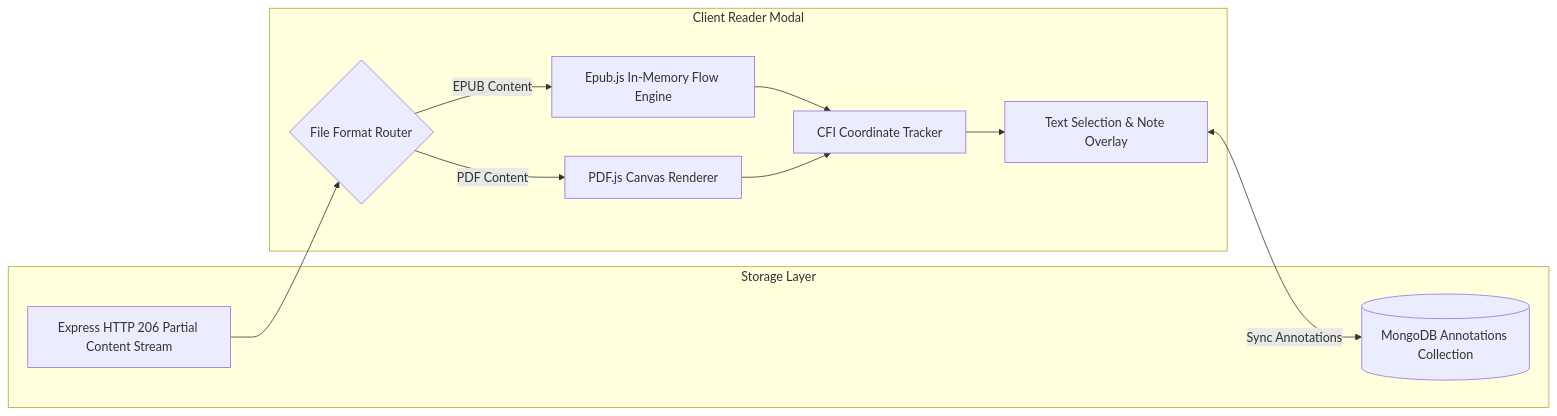
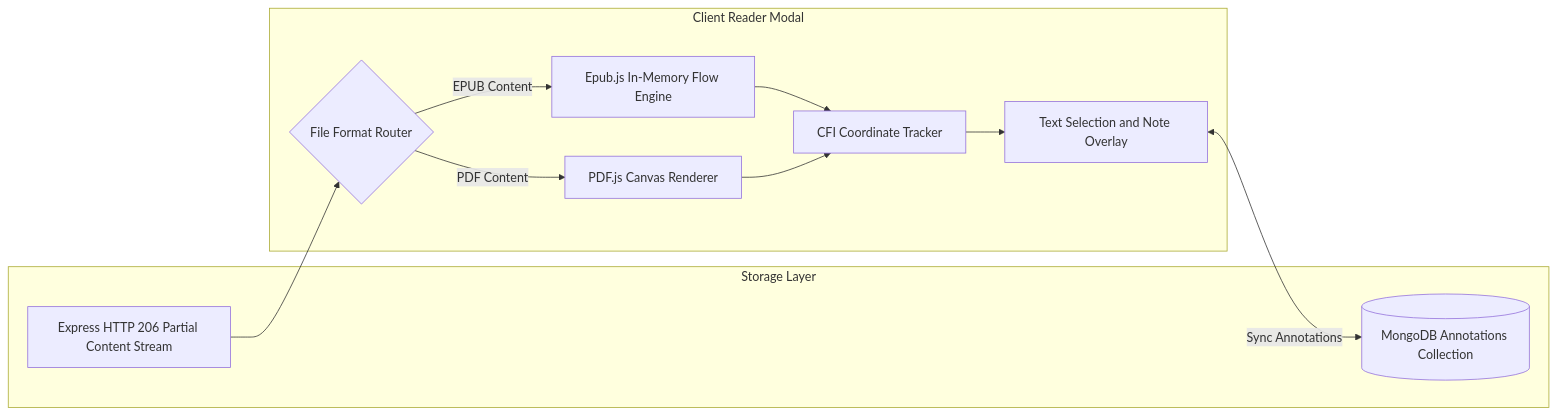
The third of 3 diagrams in README.md (Aditya-Naikwadi/bookbuddy), drawn with Mermaid before and after one commit. The commit also changed other lines of this file and 4 other files, not shown here.

Commit message:
docs(readme): update comprehensive documentation and fix mermaid syntax; fix(ci): resolve heartbeat and multi-layer verification target urls and redirect handling

````diff
--- a/README.md
+++ b/README.md
@@ -292,23 +292,23 @@
 ```mermaid
 graph LR
-    subgraph Storage Layer
+    subgraph StorageLayer ["Storage Layer"]
         BackendStream["Express HTTP 206 Partial Content Stream"]
         MongoAnnotations[("MongoDB Annotations Collection")]
     end
 
-    subgraph Client Reader Modal
+    subgraph ClientReaderModal ["Client Reader Modal"]
         EngineRouter{"File Format Router"}
         EPUB["Epub.js In-Memory Flow Engine"]
         PDF["PDF.js Canvas Renderer"]
         CFI["CFI Coordinate Tracker"]
-        Highlighter["Text Selection & Note Overlay"]
+        Highlighter["Text Selection and Note Overlay"]
     end
 
     BackendStream --> EngineRouter
     EngineRouter -->|EPUB Content| EPUB
     EngineRouter -->|PDF Content| PDF
     EPUB --> CFI
     PDF --> CFI
     CFI --> Highlighter
     Highlighter <-->|Sync Annotations| MongoAnnotations
 ```
````
